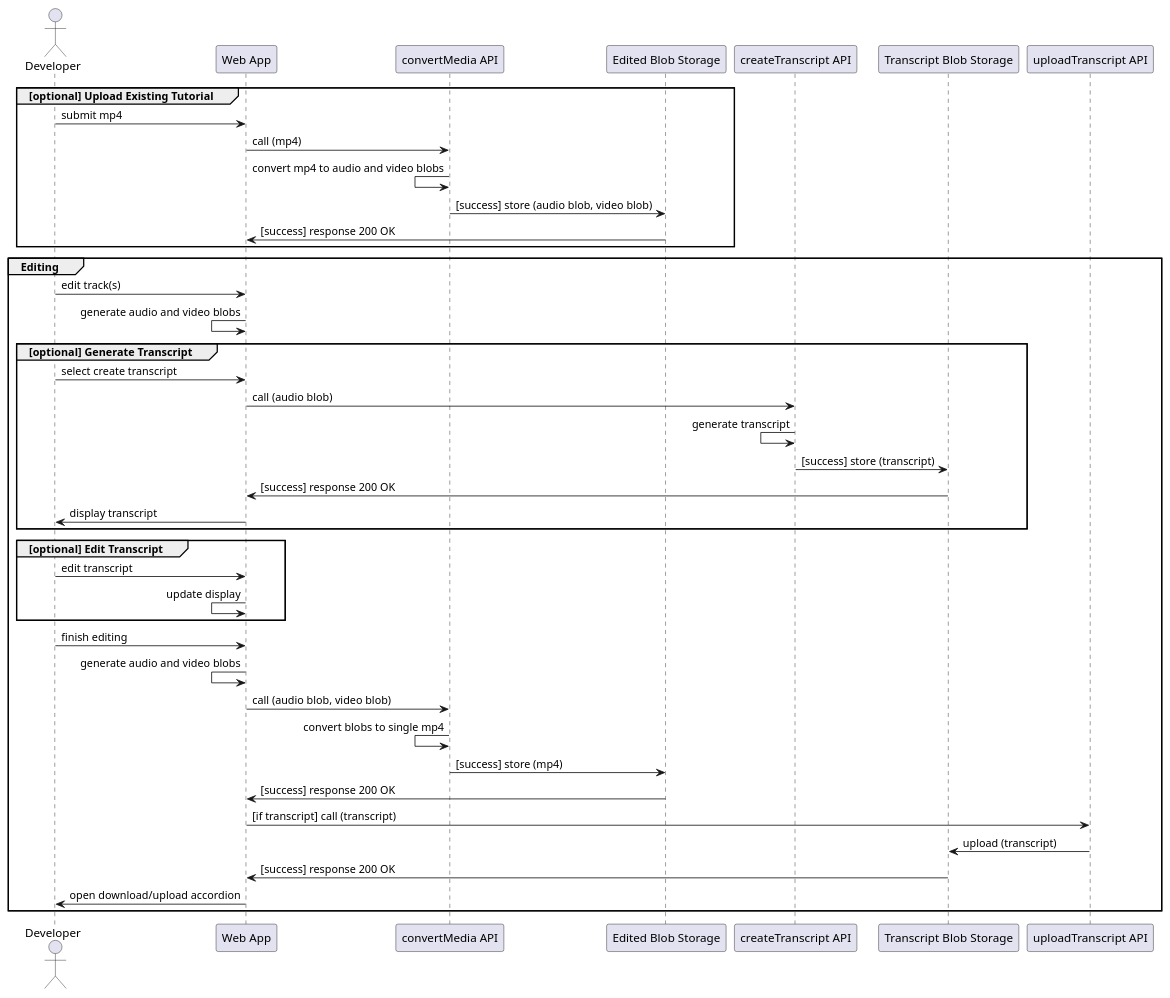
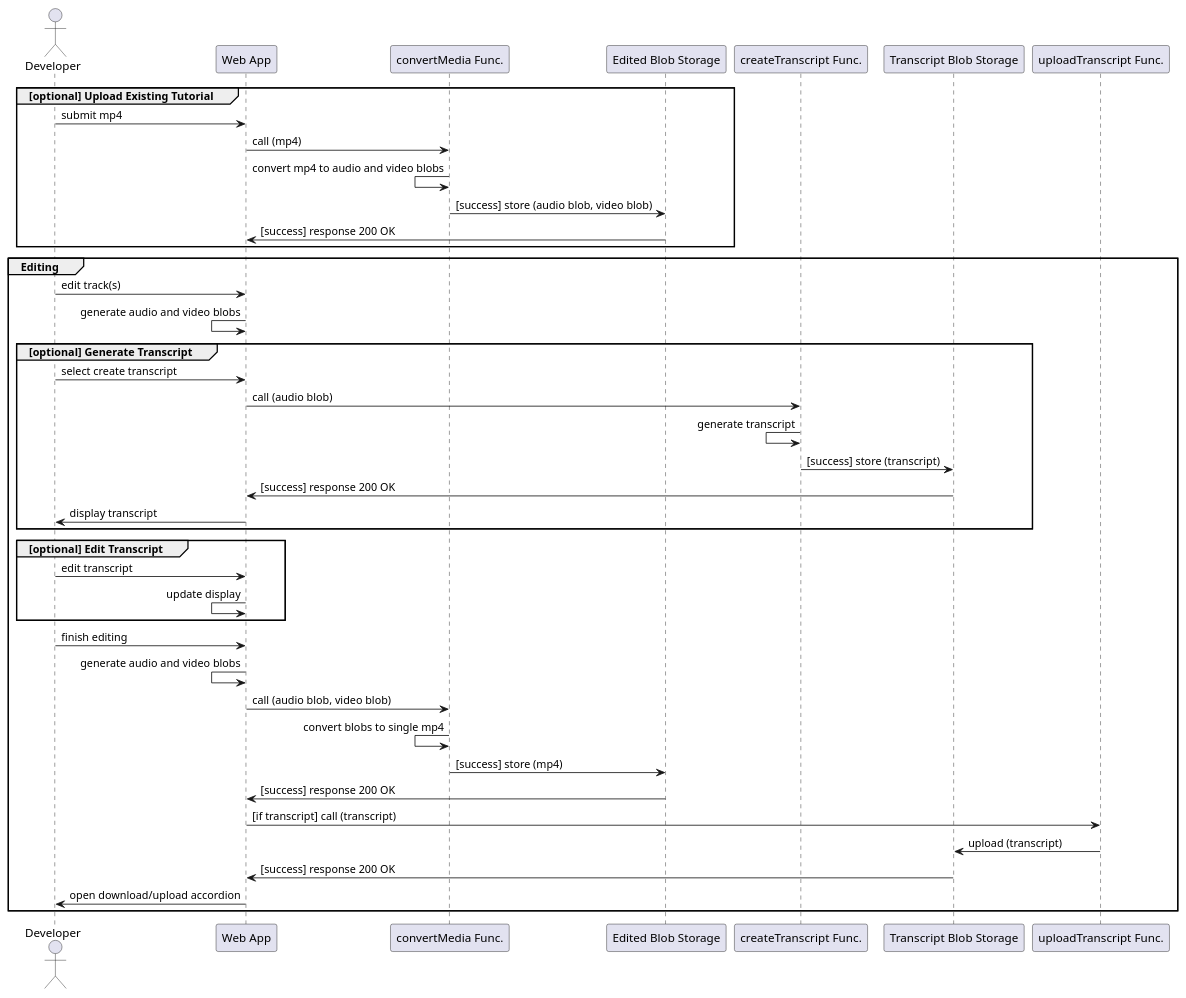
The diagram in examples/editing.puml (jennifer-platt/ECM2429-UML), drawn with PlantUML before and after one commit. The commit also changed 2 other files, not shown here.

Commit message:
Changing API to Func.

```diff
--- a/examples/editing.puml
+++ b/examples/editing.puml
@@ -1,45 +1,45 @@
 @startuml editing
 
 Actor Developer
 
 group [optional] Upload Existing Tutorial
 Developer -> "Web App": submit mp4
-"Web App" -> "convertMedia API": call (mp4)
-"convertMedia API" <- "convertMedia API": convert mp4 to audio and video blobs
-"Edited Blob Storage" <- "convertMedia API": [success] store (audio blob, video blob)
+"Web App" -> "convertMedia Func.": call (mp4)
+"convertMedia Func." <- "convertMedia Func.": convert mp4 to audio and video blobs
+"Edited Blob Storage" <- "convertMedia Func.": [success] store (audio blob, video blob)
 "Web App" <- "Edited Blob Storage": [success] response 200 OK
 end
 
 group Editing
 Developer -> "Web App": edit track(s)
 "Web App" <- "Web App": generate audio and video blobs
 
 group [optional] Generate Transcript
 Developer -> "Web App": select create transcript
-"Web App" -> "createTranscript API": call (audio blob)
-"createTranscript API" <- "createTranscript API": generate transcript
-"Transcript Blob Storage" <- "createTranscript API": [success] store (transcript)
+"Web App" -> "createTranscript Func.": call (audio blob)
+"createTranscript Func." <- "createTranscript Func.": generate transcript
+"Transcript Blob Storage" <- "createTranscript Func.": [success] store (transcript)
 "Web App" <- "Transcript Blob Storage": [success] response 200 OK
 Developer <- "Web App": display transcript
 end
 
 group [optional] Edit Transcript
 Developer -> "Web App": edit transcript
 "Web App" <- "Web App": update display
 end
 
 Developer -> "Web App": finish editing
 "Web App" <- "Web App": generate audio and video blobs
 
-"Web App" -> "convertMedia API": call (audio blob, video blob)
-"convertMedia API" <- "convertMedia API": convert blobs to single mp4
-"Edited Blob Storage" <- "convertMedia API": [success] store (mp4)
+"Web App" -> "convertMedia Func.": call (audio blob, video blob)
+"convertMedia Func." <- "convertMedia Func.": convert blobs to single mp4
+"Edited Blob Storage" <- "convertMedia Func.": [success] store (mp4)
 "Web App" <- "Edited Blob Storage": [success] response 200 OK
 
-"Web App" -> "uploadTranscript API": [if transcript] call (transcript)
-"uploadTranscript API" -> "Transcript Blob Storage": upload (transcript)
+"Web App" -> "uploadTranscript Func.": [if transcript] call (transcript)
+"uploadTranscript Func." -> "Transcript Blob Storage": upload (transcript)
 "Web App" <- "Transcript Blob Storage": [success] response 200 OK
 Developer <- "Web App": open download/upload accordion
 end
 
 @enduml
```
